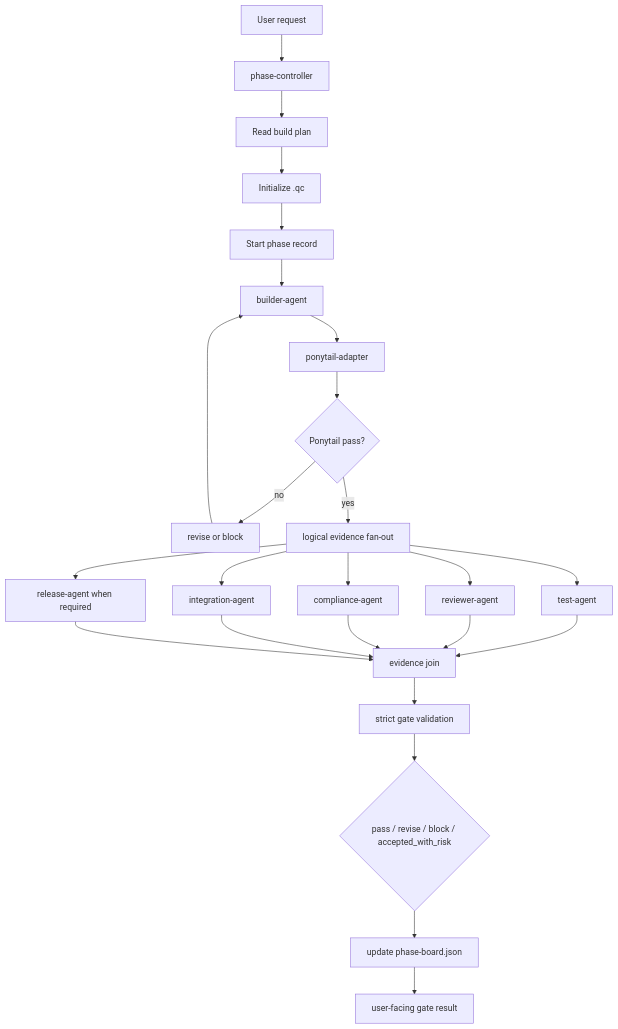
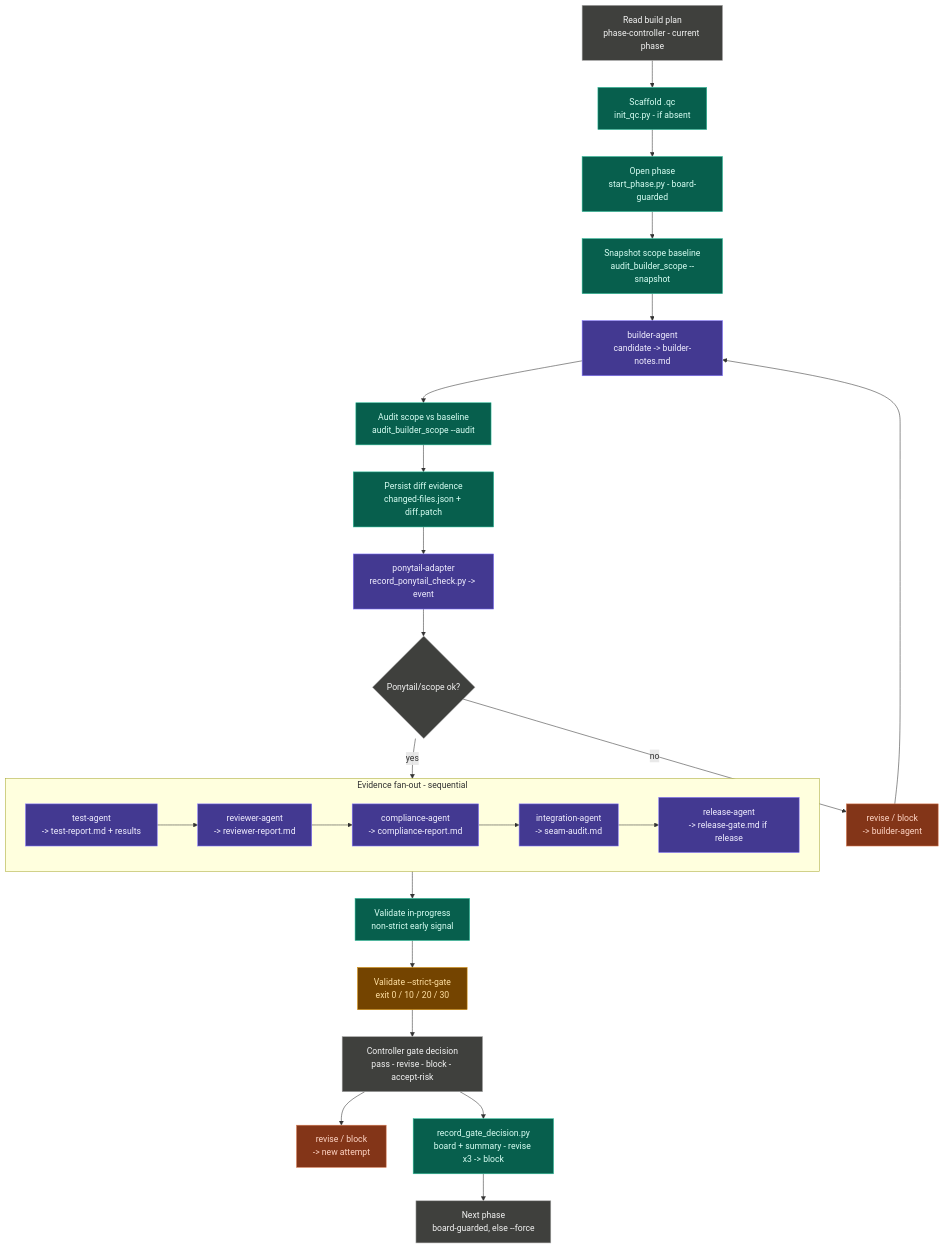
The first of 2 diagrams in README.md (randy-aloop/everythingcodex), drawn with Mermaid before and after one commit. The commit also changed other lines of this file, not shown here.

Commit message:
Clarify README install flow and architecture

````diff
--- a/README.md
+++ b/README.md
@@ -42,27 +69,41 @@
 ```mermaid
 flowchart TD
-    U["User request"] --> PC["phase-controller"]
-    PC --> PLAN["Read build plan"]
-    PLAN --> INIT["Initialize .qc"]
-    INIT --> START["Start phase record"]
-    START --> B["builder-agent"]
-    B --> PT["ponytail-adapter"]
-    PT --> PTV{"Ponytail pass?"}
-    PTV -- "no" --> REVISE["revise or block"]
-    REVISE --> B
-    PTV -- "yes" --> FAN["logical evidence fan-out"]
-    FAN --> TEST["test-agent"]
-    FAN --> REVIEW["reviewer-agent"]
-    FAN --> COMP["compliance-agent"]
-    FAN --> SEAM["integration-agent"]
-    FAN --> REL["release-agent when required"]
-    TEST --> JOIN["evidence join"]
-    REVIEW --> JOIN
-    COMP --> JOIN
-    SEAM --> JOIN
-    REL --> JOIN
-    JOIN --> VALIDATE["strict gate validation"]
-    VALIDATE --> GATE{"pass / revise / block / accepted_with_risk"}
-    GATE --> BOARD["update phase-board.json"]
-    BOARD --> USER["user-facing gate result"]
+    PLAN["Read build plan<br/>phase-controller - current phase"]:::neutral
+    INIT["Scaffold .qc<br/>init_qc.py - if absent"]:::controller
+    START["Open phase<br/>start_phase.py - board-guarded"]:::controller
+    SNAP["Snapshot scope baseline<br/>audit_builder_scope --snapshot"]:::controller
+    BUILD["builder-agent<br/>candidate -> builder-notes.md"]:::role
+    AUDIT["Audit scope vs baseline<br/>audit_builder_scope --audit"]:::controller
+    DIFF["Persist diff evidence<br/>changed-files.json + diff.patch"]:::controller
+    PONY["ponytail-adapter<br/>record_ponytail_check.py -> event"]:::role
+    POK{"Ponytail/scope ok?"}:::neutral
+    REVISE1["revise / block<br/>-> builder-agent"]:::revise
+
+    subgraph FAN["Evidence fan-out - sequential"]
+        TEST["test-agent<br/>-> test-report.md + results"]:::role
+        REVIEW["reviewer-agent<br/>-> reviewer-report.md"]:::role
+        COMP["compliance-agent<br/>-> compliance-report.md"]:::role
+        INTEG["integration-agent<br/>-> seam-audit.md"]:::role
+        RELEASE["release-agent<br/>-> release-gate.md if release"]:::role
+        TEST --> REVIEW --> COMP --> INTEG --> RELEASE
+    end
+
+    EARLY["Validate in-progress<br/>non-strict early signal"]:::controller
+    STRICT["Validate --strict-gate<br/>exit 0 / 10 / 20 / 30"]:::strict
+    GATE["Controller gate decision<br/>pass - revise - block - accept-risk"]:::neutral
+    REVISE2["revise / block<br/>-> new attempt"]:::revise
+    RECORD["record_gate_decision.py<br/>board + summary - revise x3 -> block"]:::controller
+    NEXT["Next phase<br/>board-guarded, else --force"]:::neutral
+
+    PLAN --> INIT --> START --> SNAP --> BUILD --> AUDIT --> DIFF --> PONY --> POK
+    POK -- "no" --> REVISE1 --> BUILD
+    POK -- "yes" --> FAN --> EARLY --> STRICT --> GATE
+    GATE --> RECORD --> NEXT
+    GATE --> REVISE2
+
+    classDef controller fill:#075f4d,stroke:#2fbf9b,color:#d8fff4
+    classDef role fill:#433991,stroke:#8275ff,color:#f1efff
+    classDef strict fill:#744400,stroke:#d18a00,color:#ffe0a3
+    classDef revise fill:#833518,stroke:#d67851,color:#ffd5c5
+    classDef neutral fill:#3f403d,stroke:#aaa,color:#f3f3f3
 ```
````
